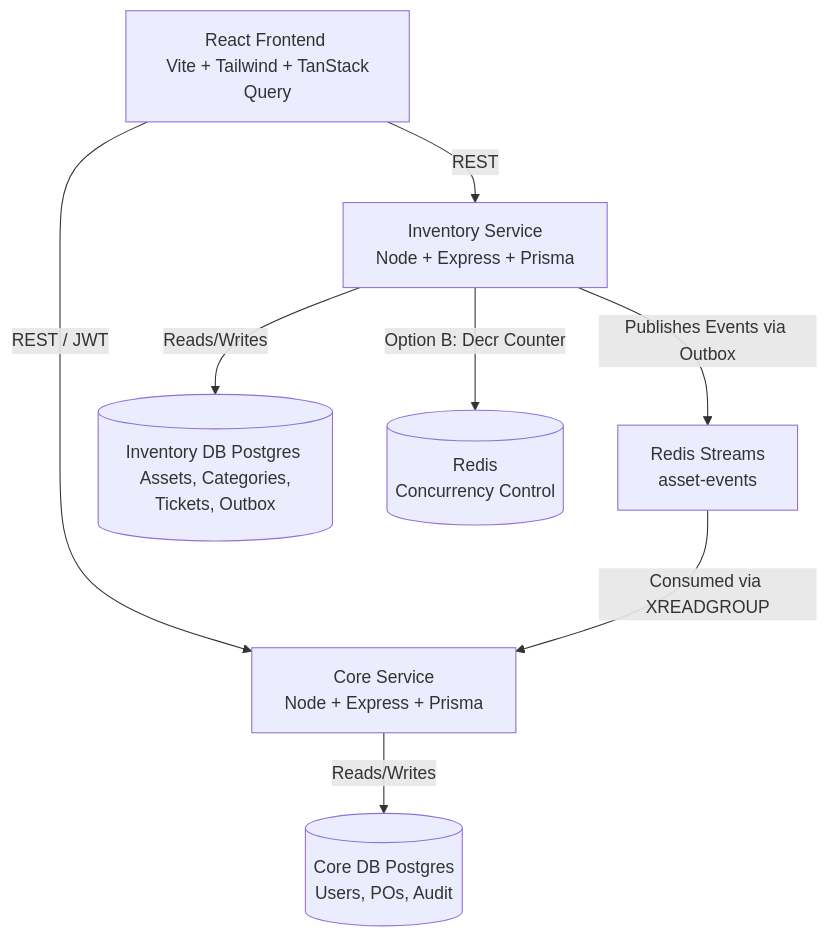
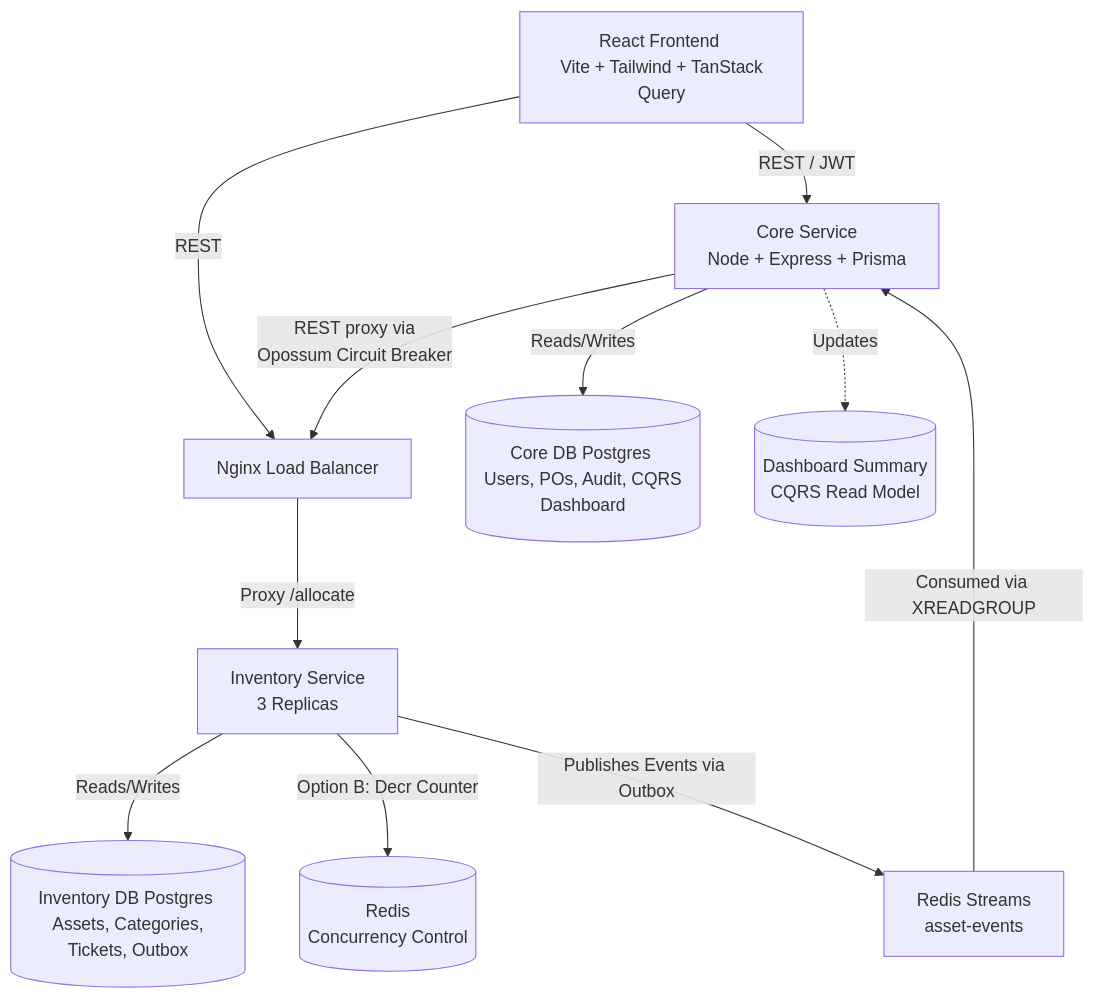
Before and after one commit to ManikPandey/IT_WMS: the diagram in Phase.md, drawn with Mermaid. The commit also changed other lines of this file and 27 other files, not shown here.

````diff
--- a/Phase.md
+++ b/Phase.md
@@ -7,13 +7,18 @@
 ```mermaid
 graph TD
     UI[React Frontend <br/> Vite + Tailwind + TanStack Query] -->|REST / JWT| CORE[Core Service <br/> Node + Express + Prisma]
-    UI -->|REST| INV[Inventory Service <br/> Node + Express + Prisma]
+    UI -->|REST| NGINX[Nginx Load Balancer]
+    NGINX -->|Proxy /allocate| INV[Inventory Service <br/> 3 Replicas]
     
-    CORE -->|Reads/Writes| CORE_DB[(Core DB Postgres <br/> Users, POs, Audit)]
+    CORE -->|REST proxy via <br/> Opossum Circuit Breaker| NGINX
+    
+    CORE -->|Reads/Writes| CORE_DB[(Core DB Postgres <br/> Users, POs, Audit, CQRS Dashboard)]
     INV -->|Reads/Writes| INV_DB[(Inventory DB Postgres <br/> Assets, Categories, Tickets, Outbox)]
     
     INV -->|Option B: Decr Counter| REDIS[(Redis <br/> Concurrency Control)]
     INV -->|Publishes Events via Outbox| STREAMS[Redis Streams <br/> asset-events]
     
     STREAMS -->|Consumed via XREADGROUP| CORE
+    
+    CORE -.->|Updates| CQRS[(Dashboard Summary <br/> CQRS Read Model)]
 ```
````
